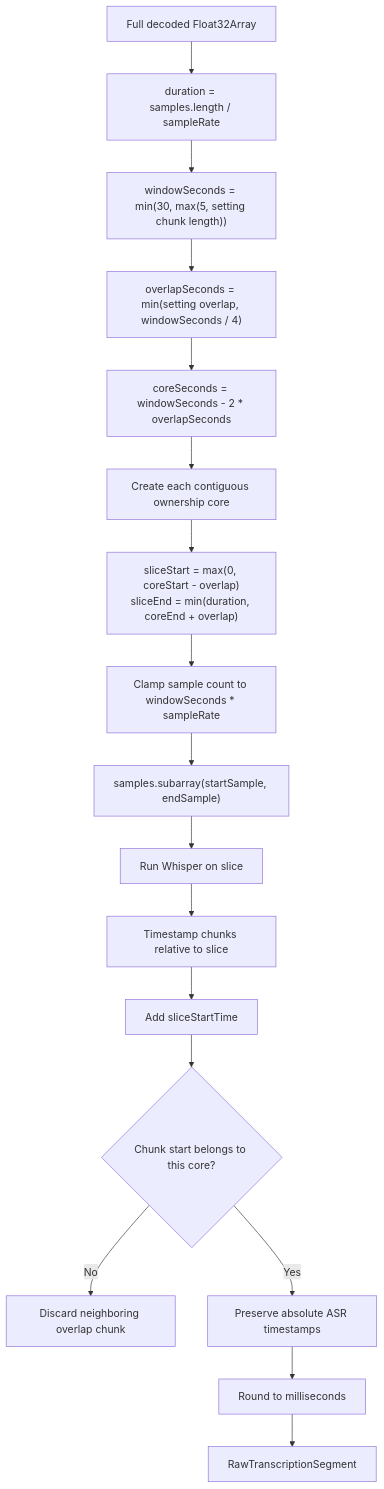
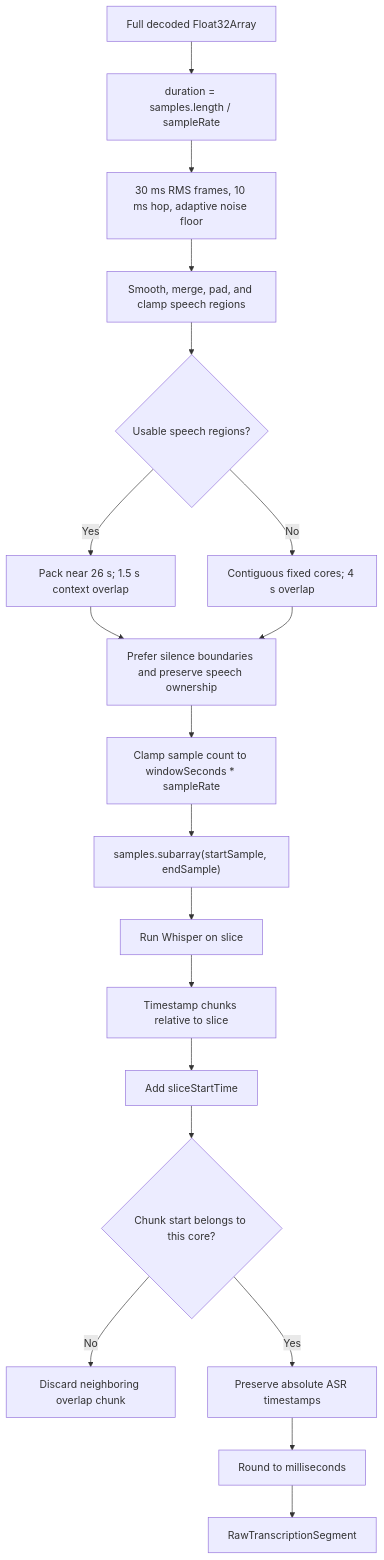
One commit to zxyandreay/auto-subtitle changed the seventh of 18 diagrams in docs/project-state.md. Above: the diagram before and after it, drawn with Mermaid. The commit also changed other lines of this file and 27 other files, not shown here.

````diff
--- a/docs/project-state.md
+++ b/docs/project-state.md
@@ -587,19 +602,21 @@
 ```mermaid
 flowchart TD
     Audio["Full decoded Float32Array"] --> Duration["duration = samples.length / sampleRate"]
-    Duration --> Window["windowSeconds = min(30, max(5, setting chunk length))"]
-    Window --> Overlap["overlapSeconds = min(setting overlap, windowSeconds / 4)"]
-    Overlap --> Core["coreSeconds = windowSeconds - 2 * overlapSeconds"]
-    Core --> SliceLoop["Create each contiguous ownership core"]
-    SliceLoop --> Slice["sliceStart = max(0, coreStart - overlap)\nsliceEnd = min(duration, coreEnd + overlap)"]
+    Duration --> VAD["30 ms RMS frames, 10 ms hop, adaptive noise floor"]
+    VAD --> Regions["Smooth, merge, pad, and clamp speech regions"]
+    Regions --> Choice{"Usable speech regions?"}
+    Choice -->|Yes| Pack["Pack near 26 s; 1.5 s context overlap"]
+    Choice -->|No| Fallback["Contiguous fixed cores; 4 s overlap"]
+    Pack --> Slice["Prefer silence boundaries and preserve speech ownership"]
+    Fallback --> Slice
     Slice --> Limit["Clamp sample count to windowSeconds * sampleRate"]
     Limit --> Samples["samples.subarray(startSample, endSample)"]
     Samples --> Model["Run Whisper on slice"]
     Model --> Chunks["Timestamp chunks relative to slice"]
     Chunks --> Offset["Add sliceStartTime"]
     Offset --> Owner{"Chunk start belongs to this core?"}
     Owner -->|No| Discard["Discard neighboring overlap chunk"]
     Owner -->|Yes| Preserve["Preserve absolute ASR timestamps"]
     Preserve --> Round["Round to milliseconds"]
     Round --> Segment["RawTranscriptionSegment"]
 ```
````
